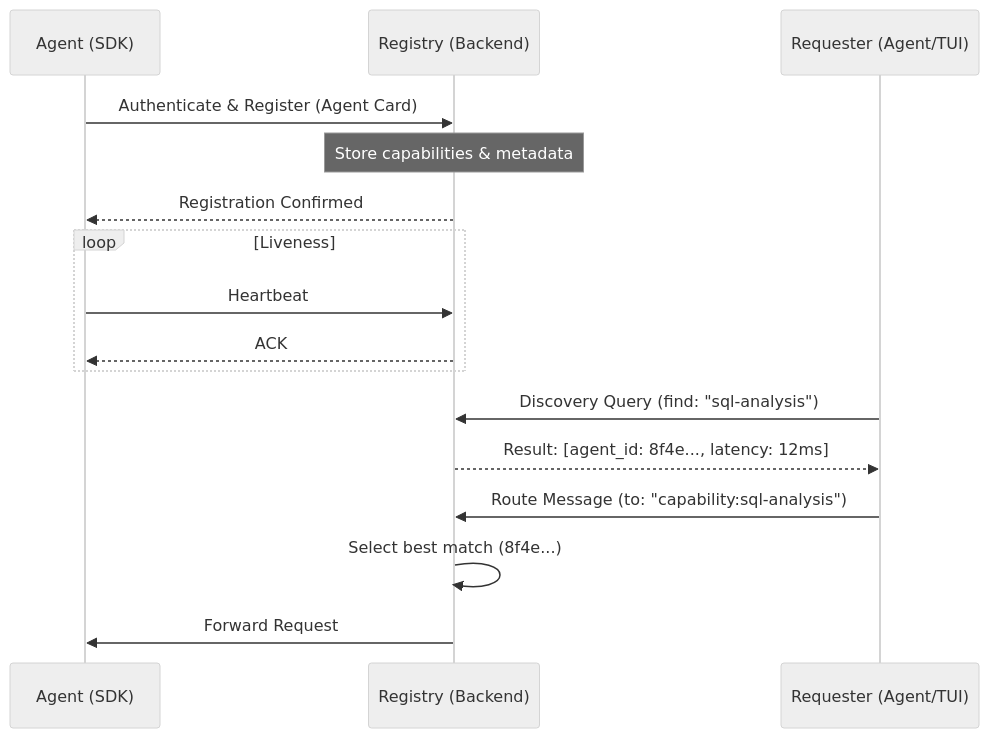
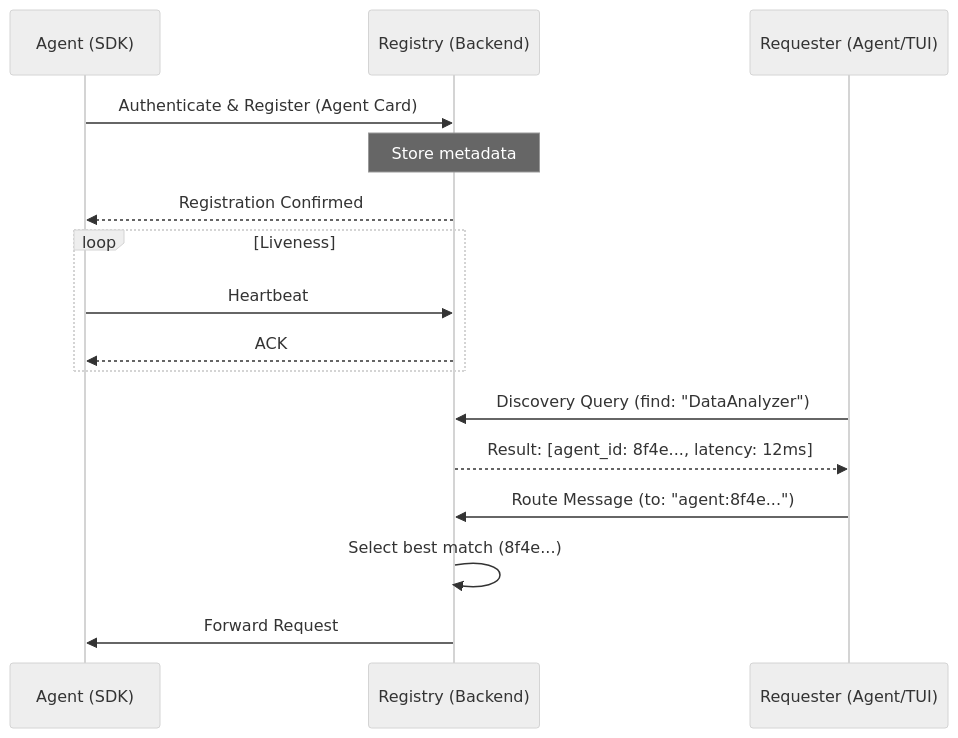
Before and after one commit to YourBroDuke/bobberchat: the fifth of 8 diagrams in docs/architecture/design-spec.md, drawn with Mermaid (neutral theme). The commit also changed other lines of this file and 22 other files, not shown here.

Commit message:
Remove capability concept from agent entity: drop DB column, update API/SDK/CLI/TUI, and docs

````diff
--- a/docs/architecture/design-spec.md
+++ b/docs/architecture/design-spec.md
@@ -753,22 +746,22 @@
 ```mermaid
 sequenceDiagram
     participant A as Agent (SDK)
     participant R as Registry (Backend)
     participant Q as Requester (Agent/TUI)
 
     A->>R: Authenticate & Register (Agent Card)
-    Note over R: Store capabilities & metadata
+    Note over R: Store metadata
     R-->>A: Registration Confirmed
 
     loop Liveness
         A->>R: Heartbeat
         R-->>A: ACK
     end
 
-    Q->>R: Discovery Query (find: "sql-analysis")
+    Q->>R: Discovery Query (find: "DataAnalyzer")
     R-->>Q: Result: [agent_id: 8f4e..., latency: 12ms]
 
-    Q->>R: Route Message (to: "capability:sql-analysis")
+    Q->>R: Route Message (to: "agent:8f4e...")
     R->>R: Select best match (8f4e...)
     R->>A: Forward Request
 ```
````
